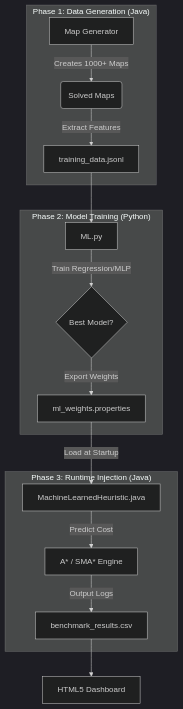
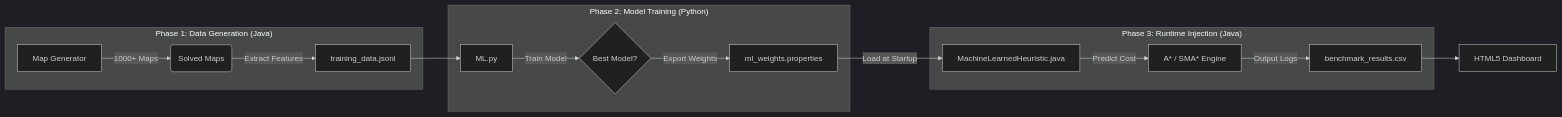
The diagram in README.md (amir-hossein-khodaei/ai-pathfinding-benchmarks), drawn with Mermaid (dark theme) before and after one commit. The commit also changed other lines of this file, not shown here.

````diff
--- a/README.md
+++ b/README.md
@@ -138,21 +134,22 @@
 ```mermaid
-graph TD
-    subgraph "Phase 1: Data Generation (Java)"
-        A[Map Generator] -->|Creates 1000+ Maps| B(Solved Maps)
+graph LR
+
+    subgraph P1["Phase 1: Data Generation (Java)"]
+        A[Map Generator] -->|1000+ Maps| B(Solved Maps)
         B -->|Extract Features| C[training_data.jsonl]
     end
 
-    subgraph "Phase 2: Model Training (Python)"
+    subgraph P2["Phase 2: Model Training (Python)"]
         C --> D[ML.py]
-        D -->|Train Regression/MLP| E{Best Model?}
+        D -->|Train Model| E{Best Model?}
         E -->|Export Weights| F[ml_weights.properties]
     end
 
-    subgraph "Phase 3: Runtime Injection (Java)"
+    subgraph P3["Phase 3: Runtime Injection (Java)"]
         F -->|Load at Startup| G[MachineLearnedHeuristic.java]
         G -->|Predict Cost| H[A* / SMA* Engine]
         H -->|Output Logs| I[benchmark_results.csv]
     end
 
     I --> J[HTML5 Dashboard]
 ```
````
